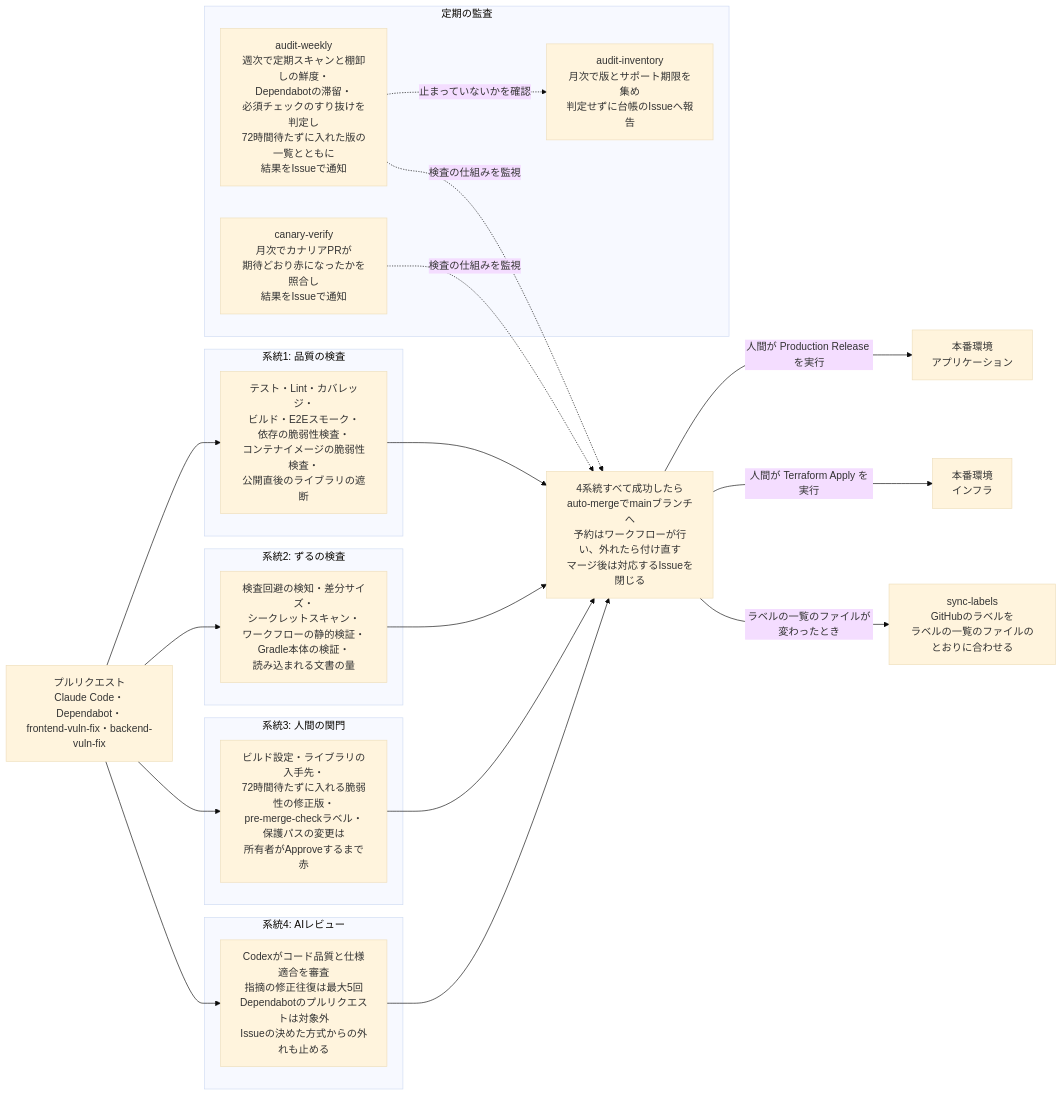
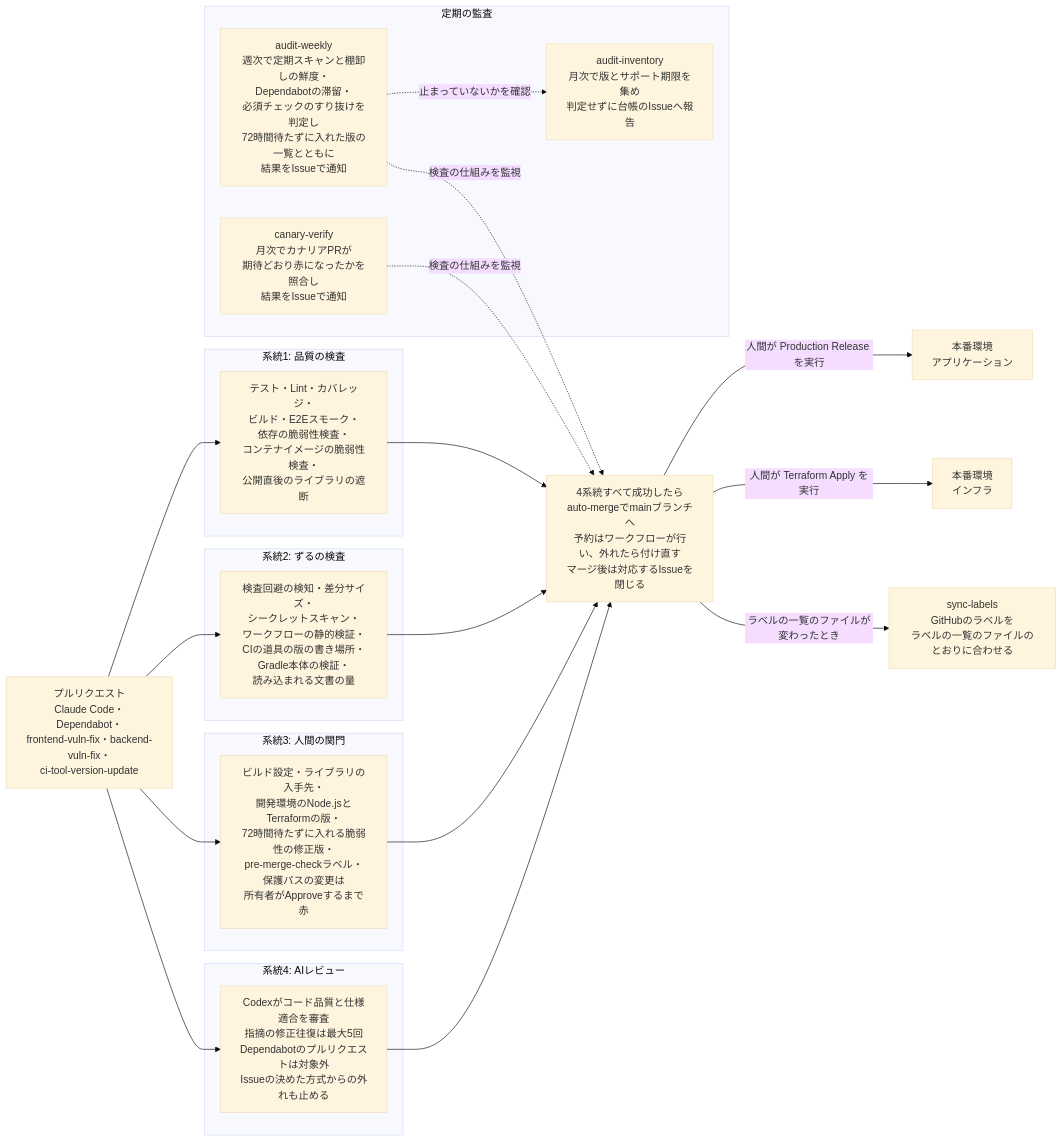
One commit to DogisRiki/KeirekiPro changed the first of 2 diagrams in README.md. Above: the diagram before and after it, drawn with Mermaid (base theme). The commit also changed other lines of this file and 41 other files, not shown here.

````diff
--- a/README.md
+++ b/README.md
@@ -53,37 +53,37 @@
 ```mermaid
 flowchart LR
-    PR[プルリクエスト<br>Claude Code・Dependabot・<br>frontend-vuln-fix・backend-vuln-fix]
+    PR[プルリクエスト<br>Claude Code・Dependabot・<br>frontend-vuln-fix・backend-vuln-fix・<br>ci-tool-version-update]
 
     subgraph s1[系統1: 品質の検査]
         Q[テスト・Lint・カバレッジ・<br>ビルド・E2Eスモーク・<br>依存の脆弱性検査・<br>コンテナイメージの脆弱性検査・<br>公開直後のライブラリの遮断]
     end
     subgraph s2[系統2: ずるの検査]
-        Z[検査回避の検知・差分サイズ・<br>シークレットスキャン・<br>ワークフローの静的検証・<br>Gradle本体の検証・<br>読み込まれる文書の量]
+        Z[検査回避の検知・差分サイズ・<br>シークレットスキャン・<br>ワークフローの静的検証・<br>CIの道具の版の書き場所・<br>Gradle本体の検証・<br>読み込まれる文書の量]
     end
     subgraph s3[系統3: 人間の関門]
-        H[ビルド設定・ライブラリの入手先・<br>72時間待たずに入れる脆弱性の修正版・<br>pre-merge-checkラベル・保護パスの変更は<br>所有者がApproveするまで赤]
+        H[ビルド設定・ライブラリの入手先・<br>開発環境のNode.jsとTerraformの版・<br>72時間待たずに入れる脆弱性の修正版・<br>pre-merge-checkラベル・保護パスの変更は<br>所有者がApproveするまで赤]
     end
     subgraph s4[系統4: AIレビュー]
         A[Codexがコード品質と仕様適合を審査<br>指摘の修正往復は最大5回<br>Dependabotのプルリクエストは対象外<br>Issueの決めた方式からの外れも止める]
     end
 
     PR --> Q
     PR --> Z
     PR --> H
     PR --> A
 
     Q & Z & H & A --> M[4系統すべて成功したら<br>auto-mergeでmainブランチへ<br>予約はワークフローが行い、外れたら付け直す<br>マージ後は対応するIssueを閉じる]
 
     M -->|人間が Production Release を実行| App[本番環境<br>アプリケーション]
     M -->|人間が Terraform Apply を実行| Infra[本番環境<br>インフラ]
     M -->|ラベルの一覧のファイルが変わったとき| Labels[sync-labels<br>GitHubのラベルを<br>ラベルの一覧のファイルのとおりに合わせる]
 
     subgraph s5[定期の監査]
         AW[audit-weekly<br>週次で定期スキャンと棚卸しの鮮度・<br>Dependabotの滞留・<br>必須チェックのすり抜けを判定し<br>72時間待たずに入れた版の一覧とともに<br>結果をIssueで通知]
         CV[canary-verify<br>月次でカナリアPRが<br>期待どおり赤になったかを照合し<br>結果をIssueで通知]
         AI[audit-inventory<br>月次で版とサポート期限を集め<br>判定せずに台帳のIssueへ報告]
     end
 
     AW & CV -.検査の仕組みを監視.-> M
     AW -.止まっていないかを確認.-> AI
 ```
````
